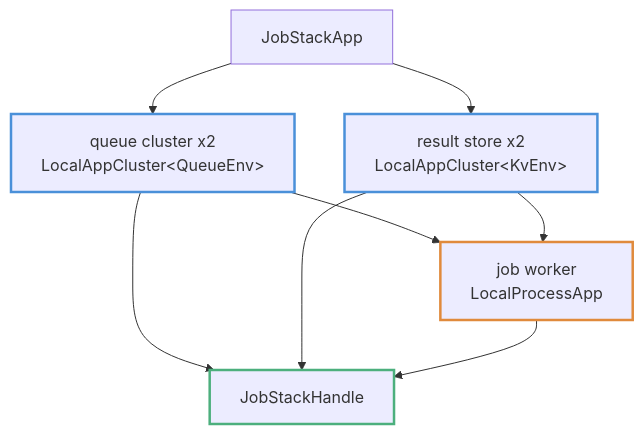
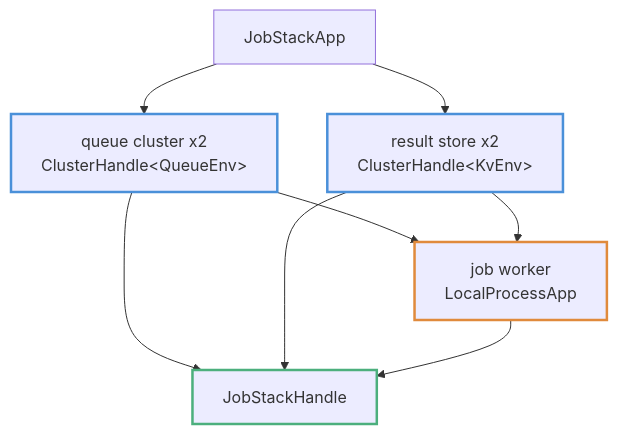
One commit to logos-blockchain/logos-blockchain-testing changed the diagram in book/src/composing-stacks.md. Above: the diagram before and after it, drawn with Mermaid. The commit also changed other lines of this file and 47 other files, not shown here.

````diff
--- a/book/src/composing-stacks.md
+++ b/book/src/composing-stacks.md
@@ -68,17 +68,17 @@
 ```mermaid
 flowchart TD
-    Root[JobStackApp] --> Q["queue cluster x2<br/>LocalAppCluster&lt;QueueEnv&gt;"]
-    Root --> R["result store x2<br/>LocalAppCluster&lt;KvEnv&gt;"]
+    Root[JobStackApp] --> Q["queue cluster x2<br/>ClusterHandle&lt;QueueEnv&gt;"]
+    Root --> R["result store x2<br/>ClusterHandle&lt;KvEnv&gt;"]
     Q --> W["job worker<br/>LocalProcessApp"]
     R --> W
     Q --> St[JobStackHandle]
     R --> St
     W --> St
     Q:::cl
     R:::cl
     W:::pr
     St:::hd
     classDef cl stroke:#4a90d9,stroke-width:2.5px;
     classDef pr stroke:#e08a3c,stroke-width:2.5px;
     classDef hd stroke:#4caf7d,stroke-width:2.5px;
 ```
````
